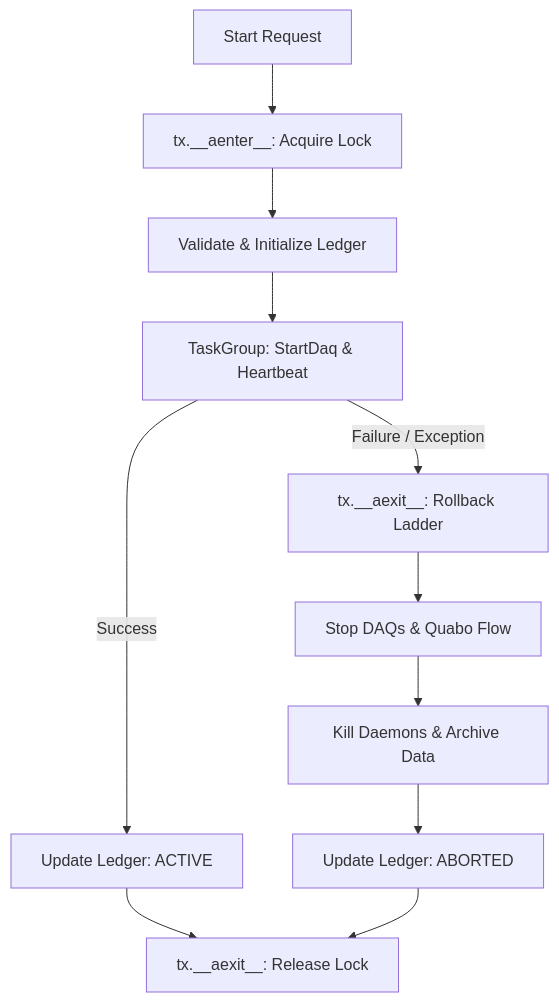
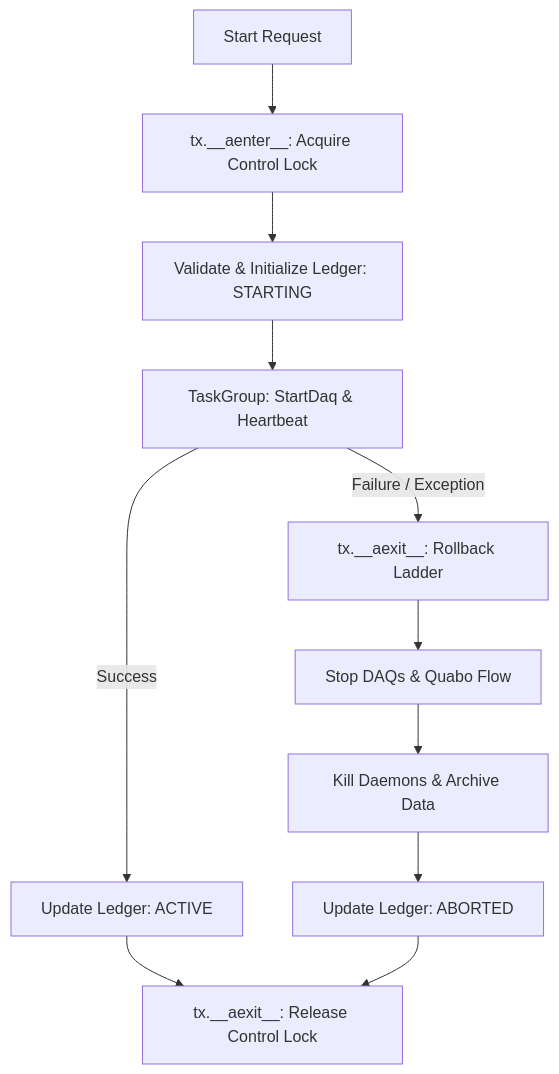
One commit to panoseti/panoseti changed the first of 4 diagrams in control/TRANSACTIONS.md. Above: the diagram before and after it, drawn with Mermaid. The commit also changed other lines of this file and 4 other files, not shown here.

````diff
--- a/control/TRANSACTIONS.md
+++ b/control/TRANSACTIONS.md
@@ -47,13 +75,13 @@
 ```mermaid
 flowchart TD
-    A[Start Request] --> B[tx.__aenter__: Acquire Lock]
-    B --> C[Validate & Initialize Ledger]
+    A[Start Request] --> B[tx.__aenter__: Acquire Control Lock]
+    B --> C[Validate & Initialize Ledger: STARTING]
     C --> D[TaskGroup: StartDaq & Heartbeat]
     D -- Success --> E[Update Ledger: ACTIVE]
-    E --> F[tx.__aexit__: Release Lock]
+    E --> F[tx.__aexit__: Release Control Lock]
     D -- Failure / Exception --> G[tx.__aexit__: Rollback Ladder]
     G --> H[Stop DAQs & Quabo Flow]
     H --> I[Kill Daemons & Archive Data]
     I --> J[Update Ledger: ABORTED]
     J --> F
 ```
````
